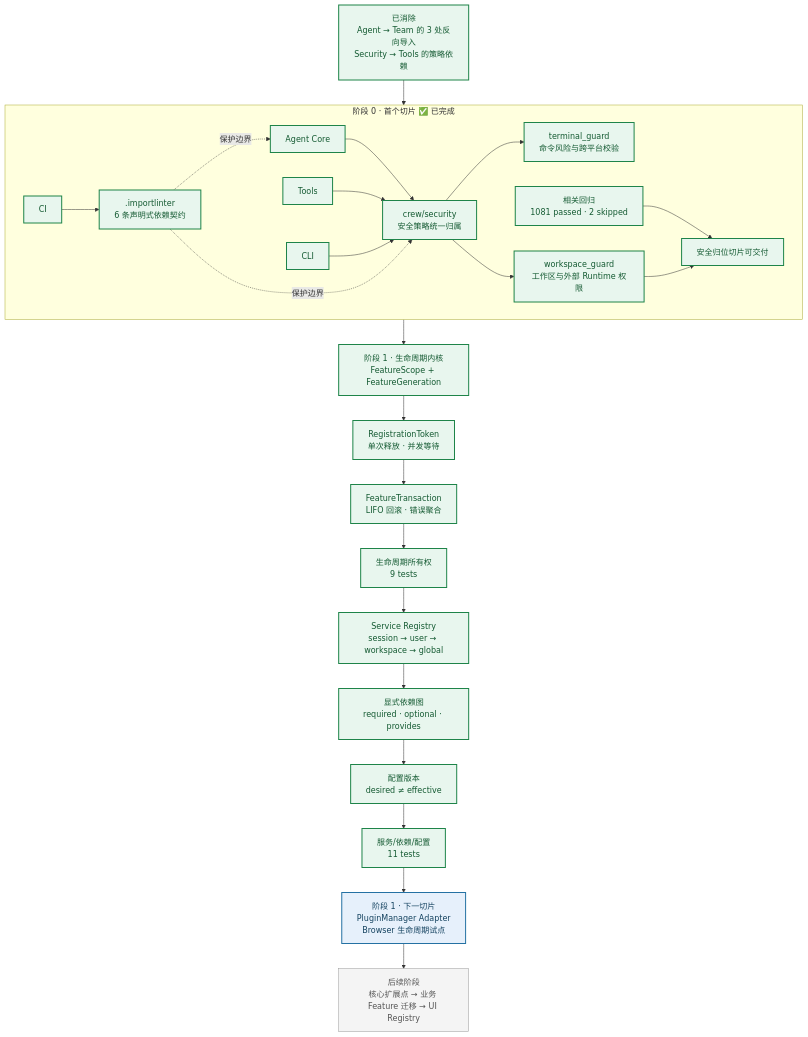
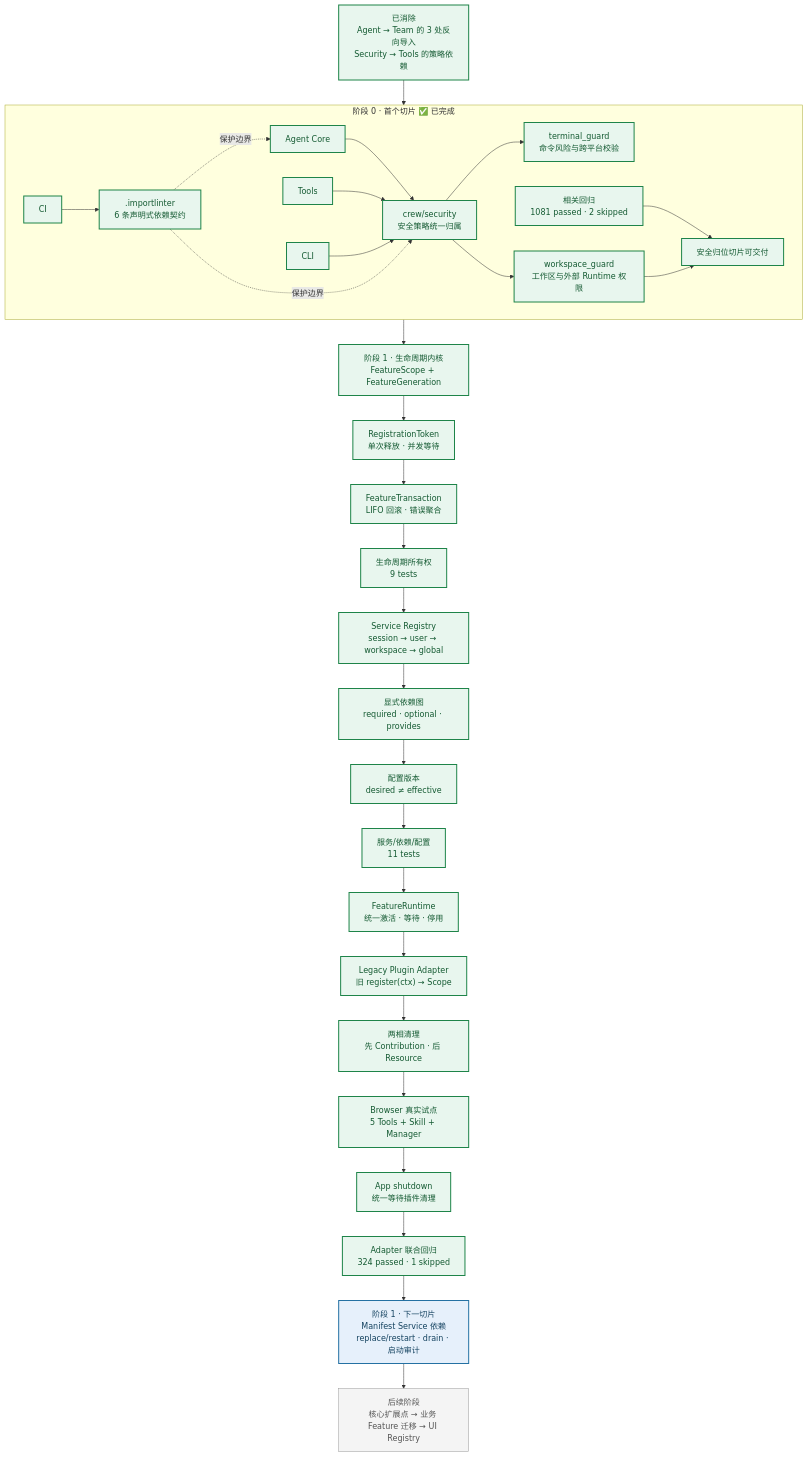
One commit to shuishenghualalala/Ace changed the first of 11 diagrams in docs/todo/ace-plugin-architecture-evolution-plan.md. Above: the diagram before and after it, drawn with Mermaid. The commit also changed other lines of this file and 15 other files, not shown here.

````diff
--- a/docs/todo/ace-plugin-architecture-evolution-plan.md
+++ b/docs/todo/ace-plugin-architecture-evolution-plan.md
@@ -14,36 +14,42 @@
 ```mermaid
 flowchart TB
     subgraph Done["阶段 0 · 首个切片 ✅ 已完成"]
         direction LR
         Agent["Agent Core"] --> Security["crew/security<br/>安全策略统一归属"]
         Tools["Tools"] --> Security
         CLI["CLI"] --> Security
         Security --> Terminal["terminal_guard<br/>命令风险与跨平台校验"]
         Security --> Workspace["workspace_guard<br/>工作区与外部 Runtime 权限"]
 
         CI["CI"] --> Contracts[".importlinter<br/>6 条声明式依赖契约"]
         Contracts -.->|保护边界| Agent
         Contracts -.->|保护边界| Security
         Tests["相关回归<br/>1081 passed · 2 skipped"] --> DoneMark["安全归位切片可交付"]
     end
 
     Removed["已消除<br/>Agent → Team 的 3 处反向导入<br/>Security → Tools 的策略依赖"] --> Security
     Workspace --> DoneMark
     DoneMark --> Scope["阶段 1 · 生命周期内核<br/>FeatureScope + FeatureGeneration"]
     Scope --> Token["RegistrationToken<br/>单次释放 · 并发等待"]
     Token --> Rollback["FeatureTransaction<br/>LIFO 回滚 · 错误聚合"]
     Rollback --> RuntimeTests["生命周期所有权<br/>9 tests"]
     RuntimeTests --> Services["Service Registry<br/>session → user → workspace → global"]
     Services --> Dependencies["显式依赖图<br/>required · optional · provides"]
     Dependencies --> Config["配置版本<br/>desired ≠ effective"]
     Config --> ServiceTests["服务/依赖/配置<br/>11 tests"]
-    ServiceTests --> Adapter["阶段 1 · 下一切片<br/>PluginManager Adapter<br/>Browser 生命周期试点"]
-    Adapter --> Later["后续阶段<br/>核心扩展点 → 业务 Feature 迁移 → UI Registry"]
+    ServiceTests --> Runtime["FeatureRuntime<br/>统一激活 · 等待 · 停用"]
+    Runtime --> Adapter["Legacy Plugin Adapter<br/>旧 register(ctx) → Scope"]
+    Adapter --> Phases["两相清理<br/>先 Contribution · 后 Resource"]
+    Phases --> Browser["Browser 真实试点<br/>5 Tools + Skill + Manager"]
+    Browser --> Shutdown["App shutdown<br/>统一等待插件清理"]
+    Shutdown --> AdapterTests["Adapter 联合回归<br/>324 passed · 1 skipped"]
+    AdapterTests --> Next["阶段 1 · 下一切片<br/>Manifest Service 依赖<br/>replace/restart · drain · 启动审计"]
+    Next --> Later["后续阶段<br/>核心扩展点 → 业务 Feature 迁移 → UI Registry"]
 
     classDef done fill:#e8f6ee,stroke:#1e8449,color:#145a32,stroke-width:2px
     classDef next fill:#e6f0fb,stroke:#2471a3,color:#154360,stroke-width:2px
     classDef pending fill:#f4f4f4,stroke:#999999,color:#555555
-    class Agent,Tools,CLI,Security,Terminal,Workspace,CI,Contracts,Tests,DoneMark,Removed,Scope,Token,Rollback,RuntimeTests,Services,Dependencies,Config,ServiceTests done
-    class Adapter next
+    class Agent,Tools,CLI,Security,Terminal,Workspace,CI,Contracts,Tests,DoneMark,Removed,Scope,Token,Rollback,RuntimeTests,Services,Dependencies,Config,ServiceTests,Runtime,Adapter,Phases,Browser,Shutdown,AdapterTests done
+    class Next next
     class Later pending
 ```
````
